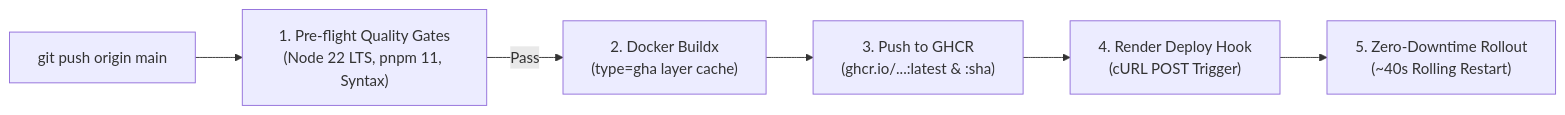
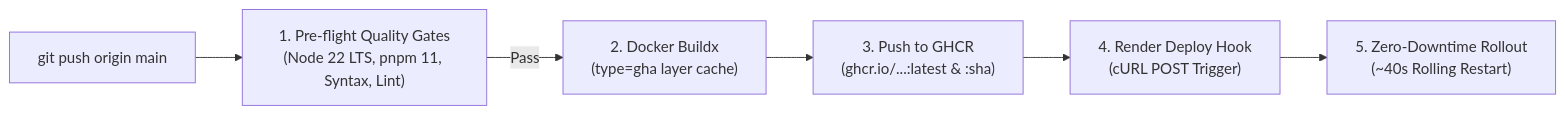
Before and after one commit to swagatgharat/Showcase_Kokuyo_Obsidian: the second of 2 diagrams in README.md, drawn with Mermaid. The commit also changed other lines of this file, not shown here.

````diff
--- a/README.md
+++ b/README.md
@@ -390,8 +412,8 @@
 ```mermaid
 flowchart LR
-    A["git push origin main"] --> B["1. Pre-flight Quality Gates\n(Node 22 LTS, pnpm 11, Syntax)"]
+    A["git push origin main"] --> B["1. Pre-flight Quality Gates\n(Node 22 LTS, pnpm 11, Syntax, Lint)"]
     B -->|Pass| C["2. Docker Buildx\n(type=gha layer cache)"]
     C --> D["3. Push to GHCR\n(ghcr.io/...:latest & :sha)"]
     D --> E["4. Render Deploy Hook\n(cURL POST Trigger)"]
     E --> F["5. Zero-Downtime Rollout\n(~40s Rolling Restart)"]
 ```
````
